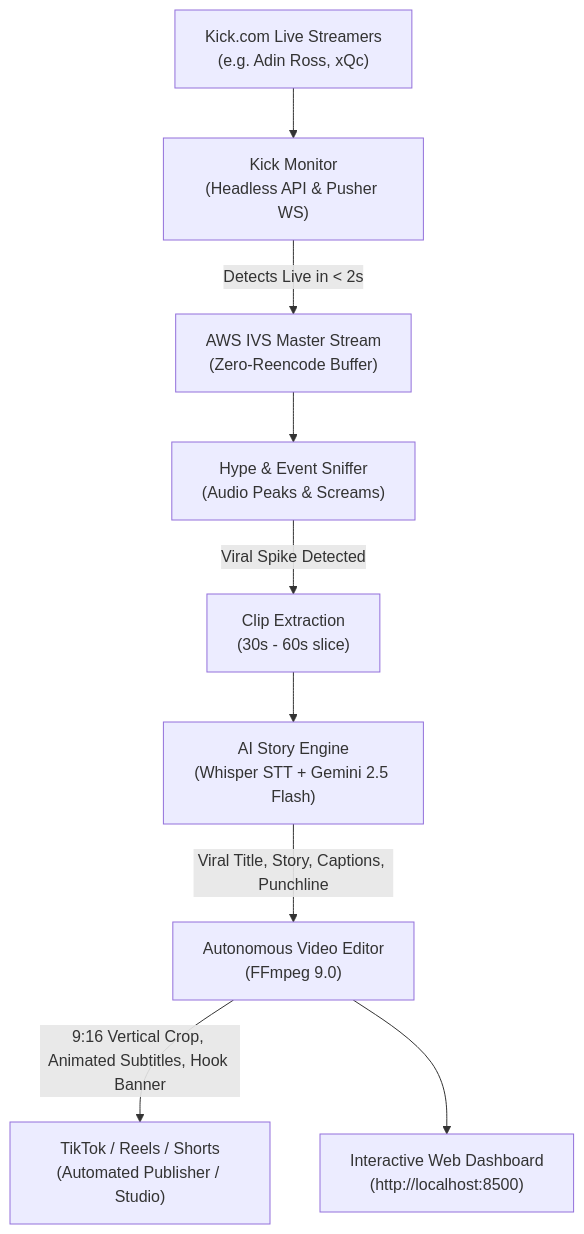
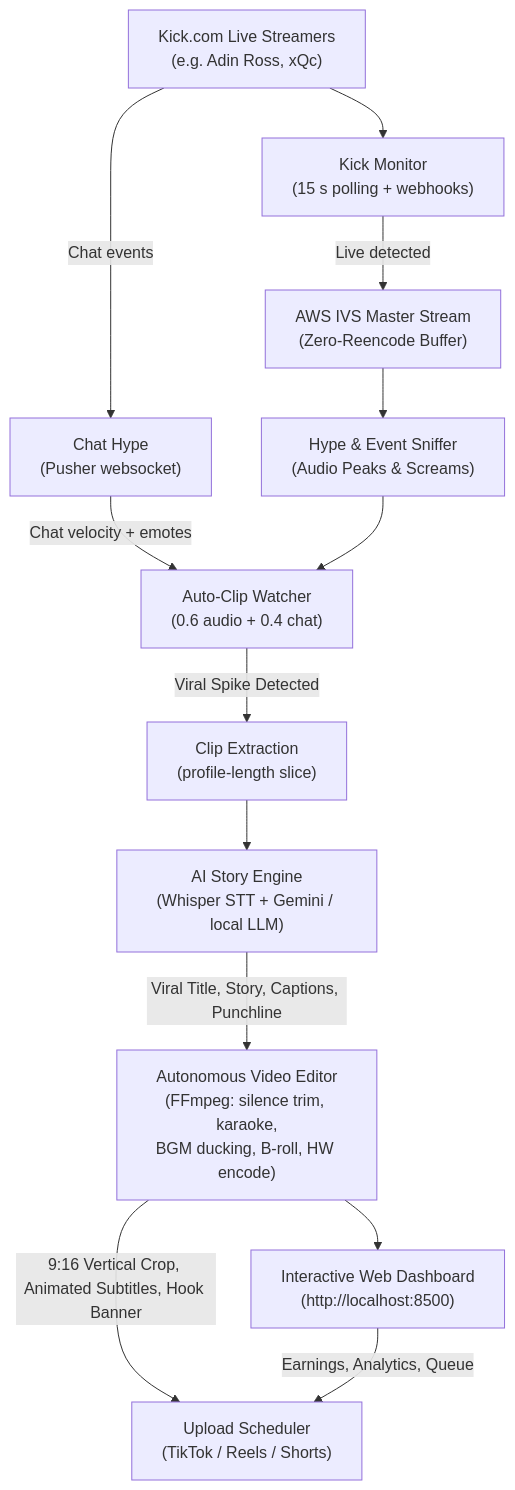
Before and after one commit to pranishkharal/ai-social-studio: the diagram in README.md, drawn with Mermaid. The commit also changed other lines of this file and 25 other files, not shown here.

````diff
--- a/README.md
+++ b/README.md
@@ -21,11 +59,15 @@
 ```mermaid
 flowchart TD
-    A["Kick.com Live Streamers\n(e.g. Adin Ross, xQc)"] --> B["Kick Monitor\n(Headless API & Pusher WS)"]
-    B -->|Detects Live in < 2s| C["AWS IVS Master Stream\n(Zero-Reencode Buffer)"]
+    A["Kick.com Live Streamers\n(e.g. Adin Ross, xQc)"] --> B["Kick Monitor\n(15 s polling + webhooks)"]
+    A -->|Chat events| CH["Chat Hype\n(Pusher websocket)"]
+    B -->|Live detected| C["AWS IVS Master Stream\n(Zero-Reencode Buffer)"]
     C --> D["Hype & Event Sniffer\n(Audio Peaks & Screams)"]
-    D -->|Viral Spike Detected| E["Clip Extraction\n(30s - 60s slice)"]
-    E --> F["AI Story Engine\n(Whisper STT + Gemini 2.5 Flash)"]
-    F -->|Viral Title, Story, Captions, Punchline| G["Autonomous Video Editor\n(FFmpeg 9.0)"]
-    G -->|9:16 Vertical Crop, Animated Subtitles, Hook Banner| H["TikTok / Reels / Shorts\n(Automated Publisher / Studio)"]
+    CH -->|Chat velocity + emotes| W["Auto-Clip Watcher\n(0.6 audio + 0.4 chat)"]
+    D --> W
+    W -->|Viral Spike Detected| E["Clip Extraction\n(profile-length slice)"]
+    E --> F["AI Story Engine\n(Whisper STT + Gemini / local LLM)"]
+    F -->|Viral Title, Story, Captions, Punchline| G["Autonomous Video Editor\n(FFmpeg: silence trim, karaoke,\nBGM ducking, B-roll, HW encode)"]
+    G -->|9:16 Vertical Crop, Animated Subtitles, Hook Banner| H["Upload Scheduler\n(TikTok / Reels / Shorts)"]
     G --> I["Interactive Web Dashboard\n(http://localhost:8500)"]
+    I -->|Earnings, Analytics, Queue| H
 ```
````
